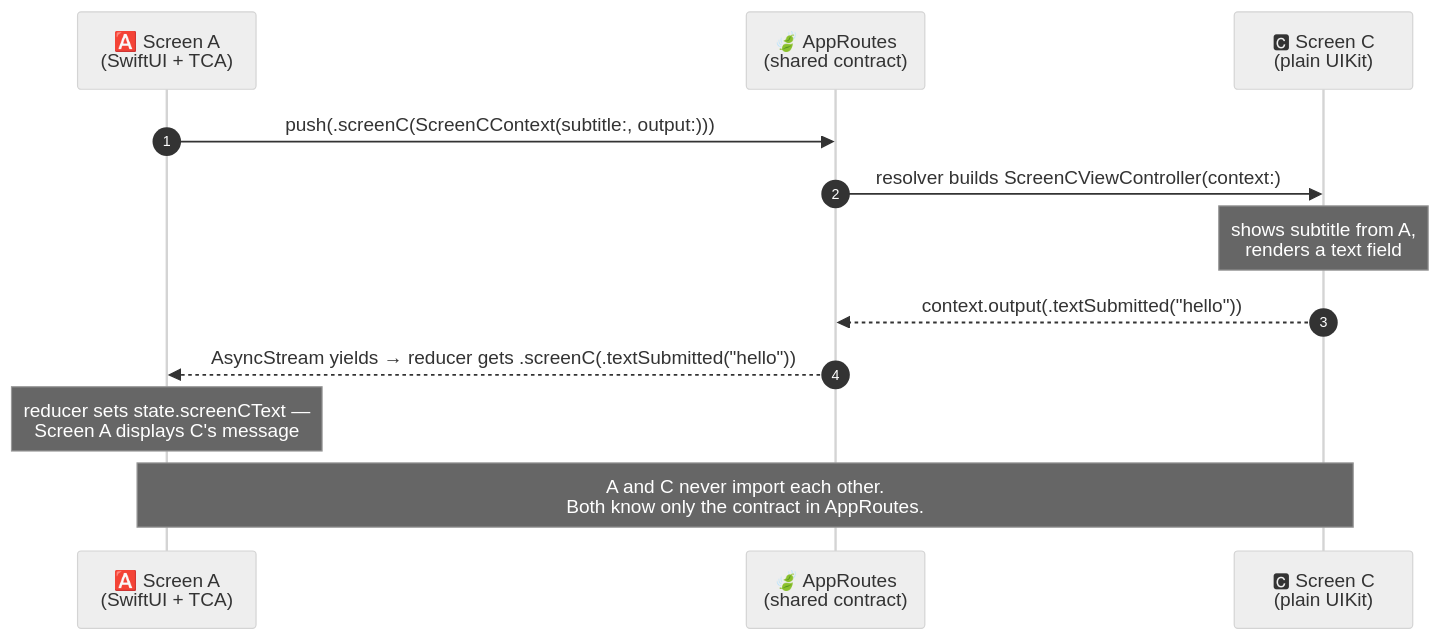
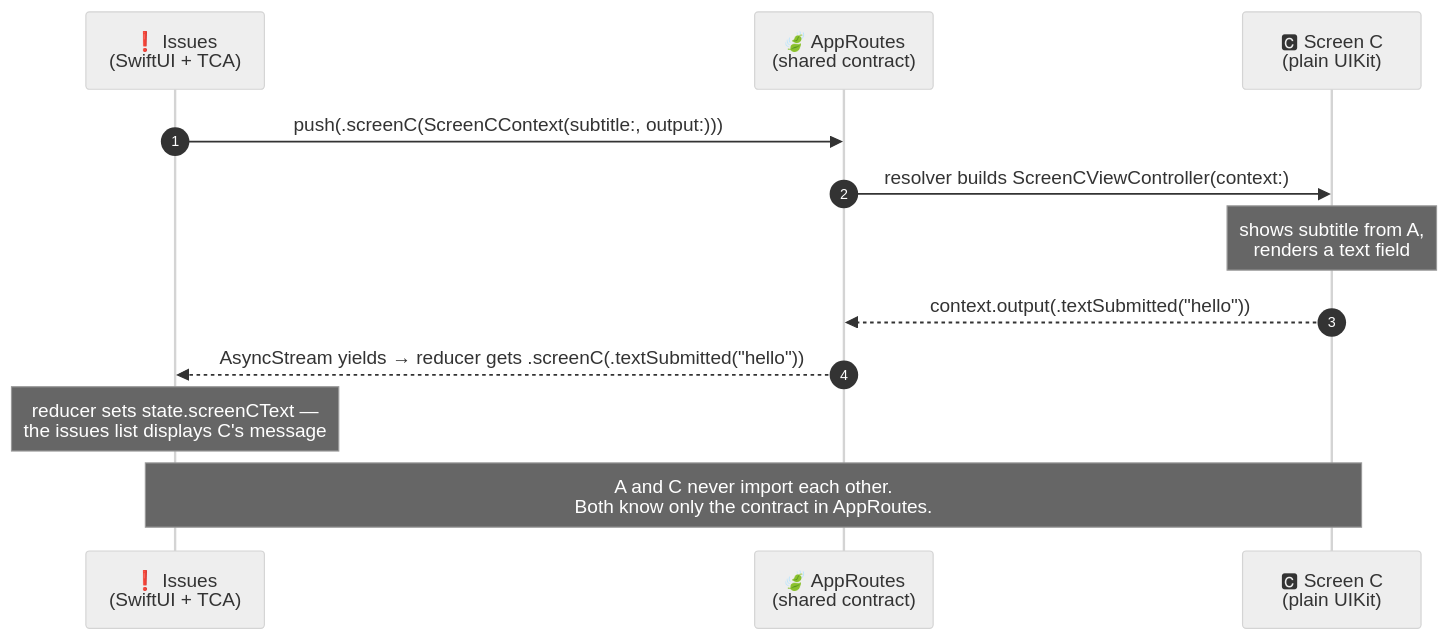
The fourth of 4 diagrams in README.md (guycohenadsk/SwiftNavigator), drawn with Mermaid (neutral theme) before and after one commit. The commit also changed other lines of this file and 1 other file, not shown here.

First line of the commit message:
Update README for IssuesDomain

````diff
--- a/README.md
+++ b/README.md
@@ -265,16 +309,16 @@
 ```mermaid
 sequenceDiagram
     autonumber
-    participant A as 🅰️ Screen A<br/>(SwiftUI + TCA)
+    participant A as ❗ Issues<br/>(SwiftUI + TCA)
     participant Routes as 🍃 AppRoutes<br/>(shared contract)
     participant C as 🅲 Screen C<br/>(plain UIKit)
 
     A->>Routes: push(.screenC(ScreenCContext(subtitle:, output:)))
     Routes->>C: resolver builds ScreenCViewController(context:)
     Note over C: shows subtitle from A,<br/>renders a text field
     C-->>Routes: context.output(.textSubmitted("hello"))
     Routes-->>A: AsyncStream yields → reducer gets .screenC(.textSubmitted("hello"))
-    Note over A: reducer sets state.screenCText —<br/>Screen A displays C's message
+    Note over A: reducer sets state.screenCText —<br/>the issues list displays C's message
 
     Note over A,C: A and C never import each other.<br/>Both know only the contract in AppRoutes.
 ```
````
